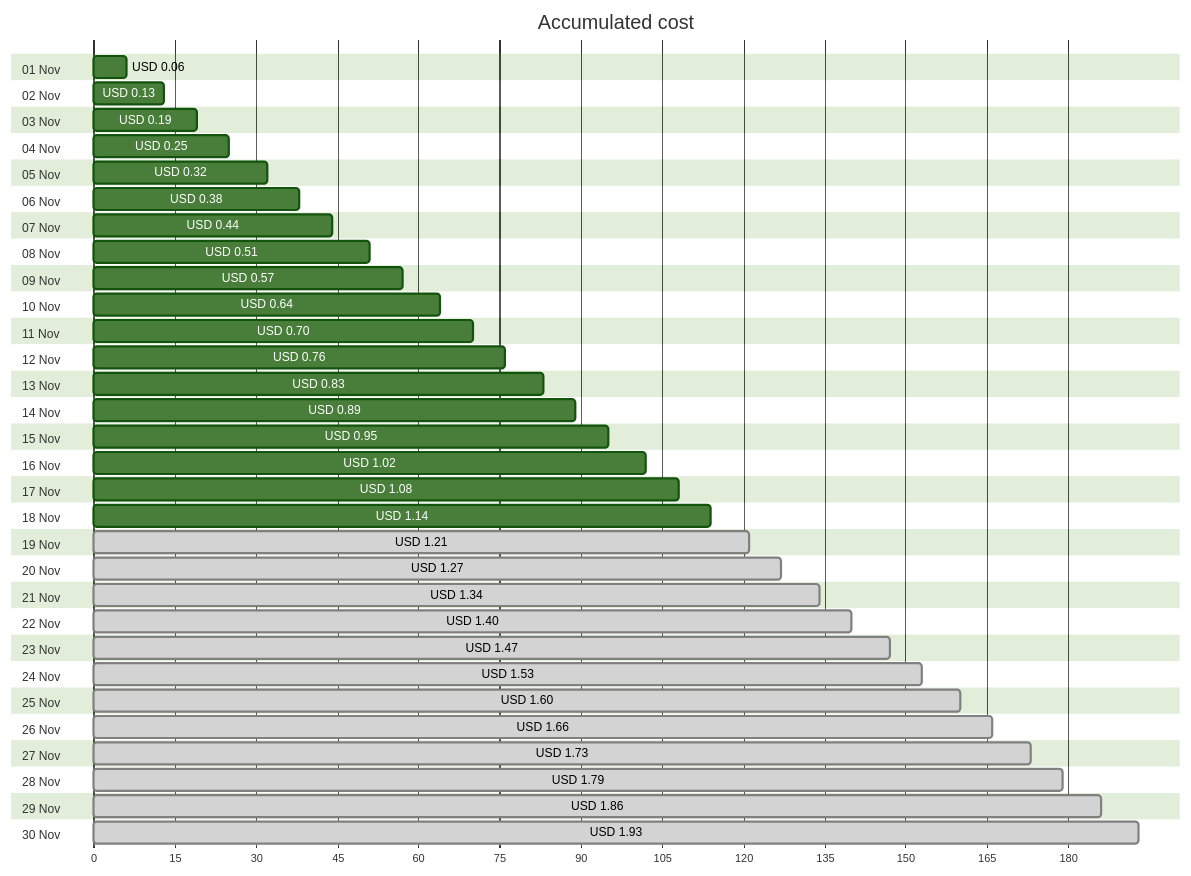
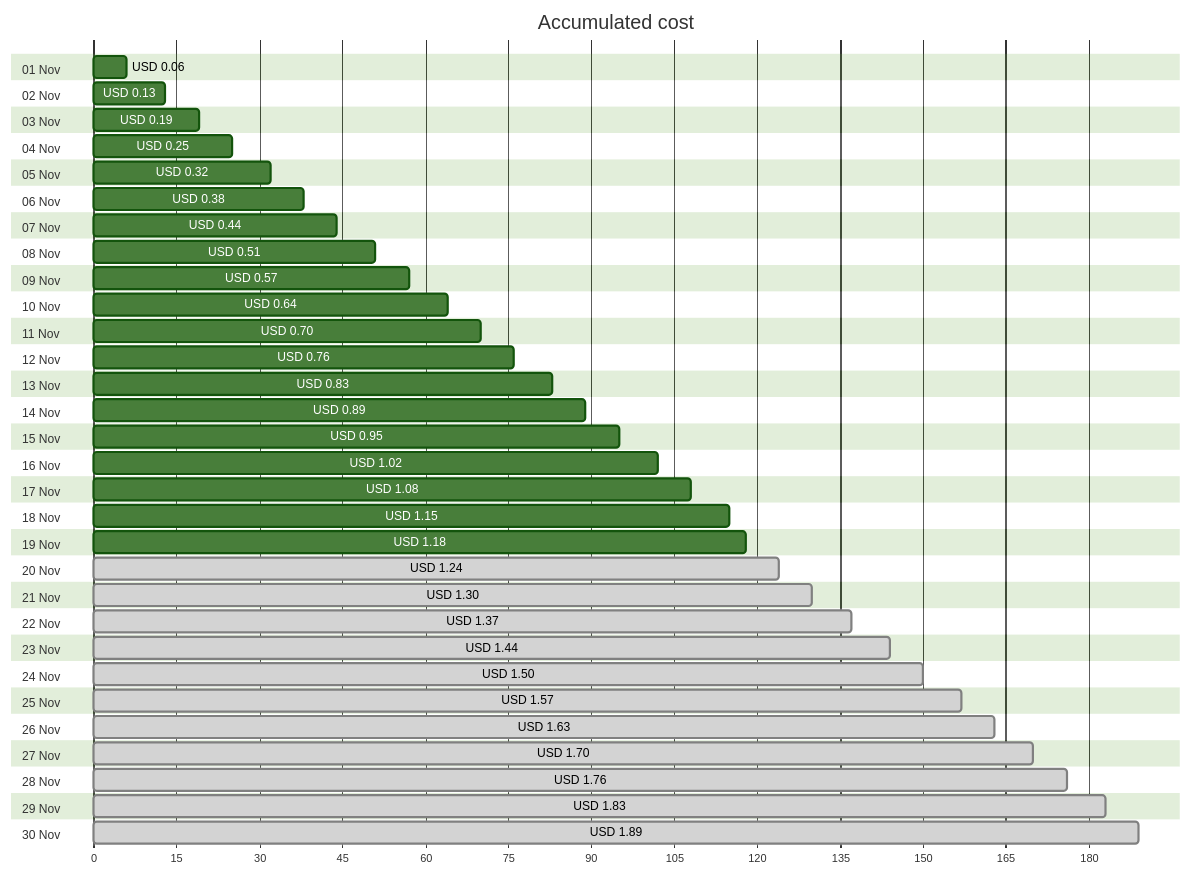
One commit to jpfulton/azure-personal-reports changed the first of 4 diagrams in cost-reports/personal-network/vpn-server_OsDisk.md. Above: the diagram before and after it, drawn with Mermaid (forest theme). The commit also changed other lines of this file and 8 other files, not shown here.

````diff
--- a/cost-reports/personal-network/vpn-server_OsDisk.md
+++ b/cost-reports/personal-network/vpn-server_OsDisk.md
@@ -20,66 +20,66 @@
 ```mermaid
 gantt
    title Accumulated cost
    dateFormat  X
    axisFormat %s
    section 01 Nov
    USD 0.06 :0, 6
    section 02 Nov
    USD 0.13 :0, 13
    section 03 Nov
    USD 0.19 :0, 19
    section 04 Nov
    USD 0.25 :0, 25
    section 05 Nov
    USD 0.32 :0, 32
    section 06 Nov
    USD 0.38 :0, 38
    section 07 Nov
    USD 0.44 :0, 44
    section 08 Nov
    USD 0.51 :0, 51
    section 09 Nov
    USD 0.57 :0, 57
    section 10 Nov
    USD 0.64 :0, 64
    section 11 Nov
    USD 0.70 :0, 70
    section 12 Nov
    USD 0.76 :0, 76
    section 13 Nov
    USD 0.83 :0, 83
    section 14 Nov
    USD 0.89 :0, 89
    section 15 Nov
    USD 0.95 :0, 95
    section 16 Nov
    USD 1.02 :0, 102
    section 17 Nov
    USD 1.08 :0, 108
    section 18 Nov
-   USD 1.14 :0, 114
+   USD 1.15 :0, 115
    section 19 Nov
-   USD 1.21 : done, 0, 121
+   USD 1.18 :0, 118
    section 20 Nov
-   USD 1.27 : done, 0, 127
+   USD 1.24 : done, 0, 124
    section 21 Nov
-   USD 1.34 : done, 0, 134
+   USD 1.30 : done, 0, 130
    section 22 Nov
-   USD 1.40 : done, 0, 140
+   USD 1.37 : done, 0, 137
    section 23 Nov
-   USD 1.47 : done, 0, 147
+   USD 1.44 : done, 0, 144
    section 24 Nov
-   USD 1.53 : done, 0, 153
+   USD 1.50 : done, 0, 150
    section 25 Nov
-   USD 1.60 : done, 0, 160
+   USD 1.57 : done, 0, 157
    section 26 Nov
-   USD 1.66 : done, 0, 166
+   USD 1.63 : done, 0, 163
    section 27 Nov
-   USD 1.73 : done, 0, 173
+   USD 1.70 : done, 0, 170
    section 28 Nov
-   USD 1.79 : done, 0, 179
+   USD 1.76 : done, 0, 176
    section 29 Nov
-   USD 1.86 : done, 0, 186
+   USD 1.83 : done, 0, 183
    section 30 Nov
-   USD 1.93 : done, 0, 193
+   USD 1.89 : done, 0, 189
 ```
````
